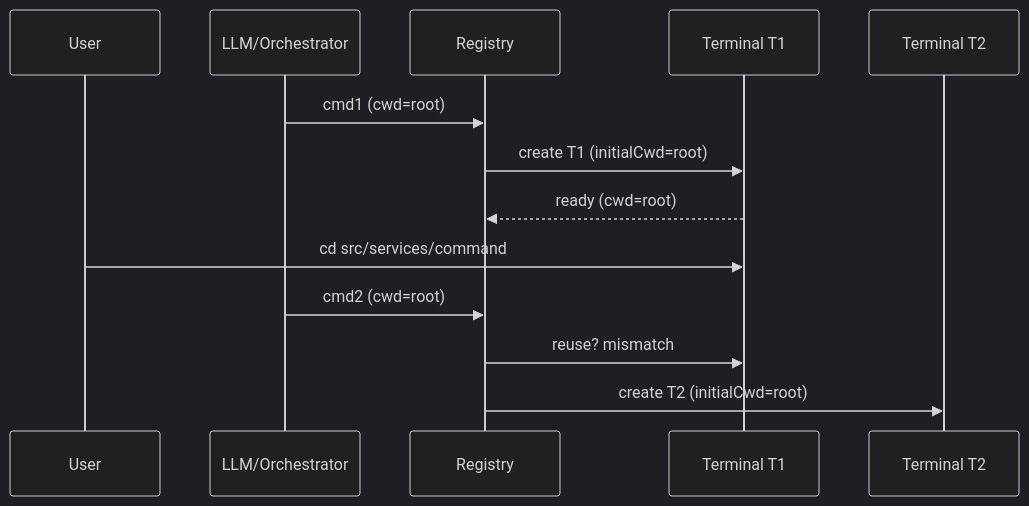
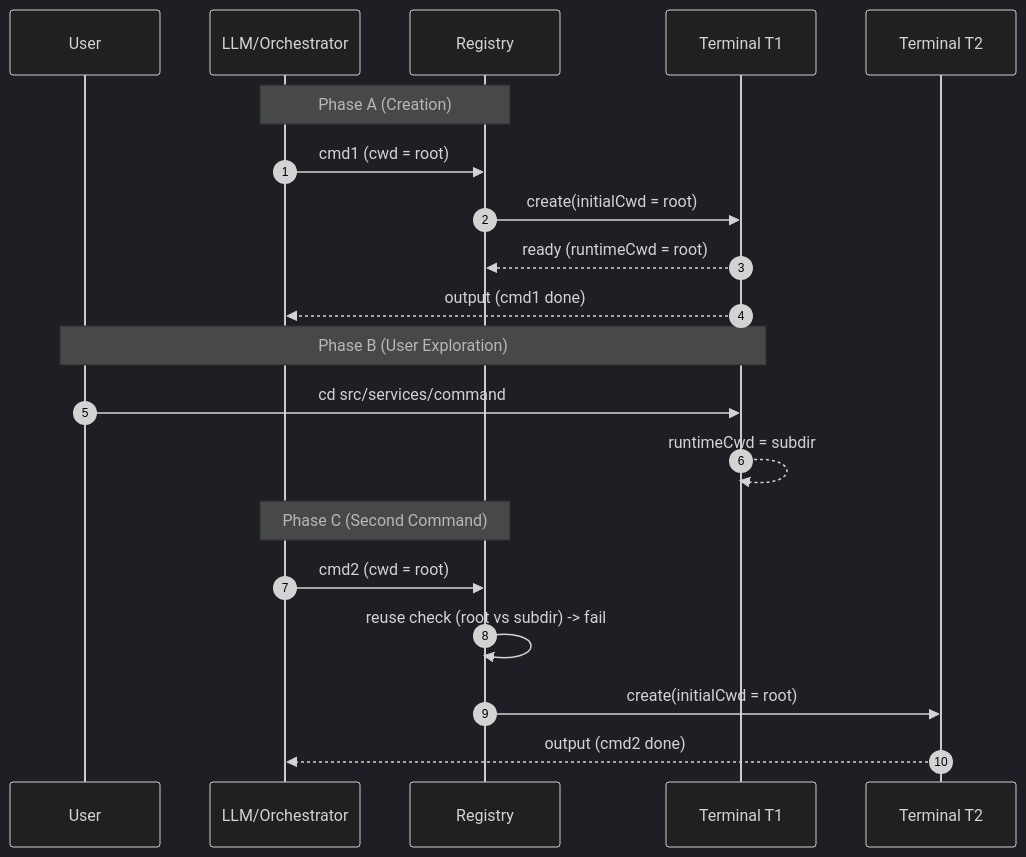
One commit to hs-matt/kilocode changed the first of 4 diagrams in docs/CWD_TERMINAL_REUSE.md. Above: the diagram before and after it, drawn with Mermaid (dark theme). The commit also changed other lines of this file, not shown here.

````diff
--- a/docs/CWD_TERMINAL_REUSE.md
+++ b/docs/CWD_TERMINAL_REUSE.md
@@ -259,15 +200,25 @@
 ```mermaid
 sequenceDiagram
-    participant U as User
-    participant L as LLM/Orchestrator
-    participant R as Registry
+    autonumber
+    participant User
+    participant LLM as LLM/Orchestrator
+    participant Registry
     participant T1 as Terminal T1
     participant T2 as Terminal T2
-    L->>R: cmd1 (cwd=root)
-    R->>T1: create T1 (initialCwd=root)
-    T1-->>R: ready (cwd=root)
-    U->>T1: cd src/services/command
-    L->>R: cmd2 (cwd=root)
-    R->>T1: reuse? mismatch
-    R->>T2: create T2 (initialCwd=root)
+
+    Note over LLM,Registry: Phase A (Creation)
+    LLM->>Registry: cmd1 (cwd = root)
+    Registry->>T1: create(initialCwd = root)
+    T1-->>Registry: ready (runtimeCwd = root)
+    T1-->>LLM: output (cmd1 done)
+
+    Note over User,T1: Phase B (User Exploration)
+    User->>T1: cd src/services/command
+    T1-->>T1: runtimeCwd = subdir
+
+    Note over LLM,Registry: Phase C (Second Command)
+    LLM->>Registry: cmd2 (cwd = root)
+    Registry->>Registry: reuse check (root vs subdir) -> fail
+    Registry->>T2: create(initialCwd = root)
+    T2-->>LLM: output (cmd2 done)
 ```
````
